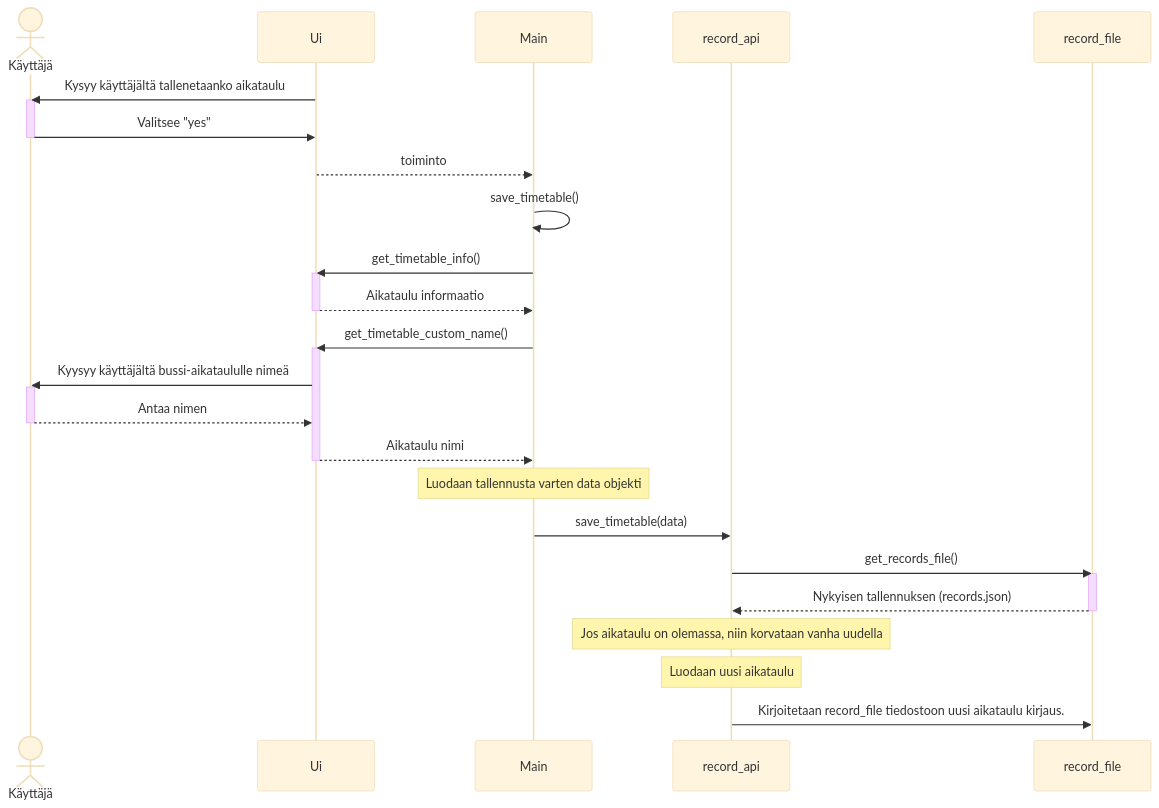
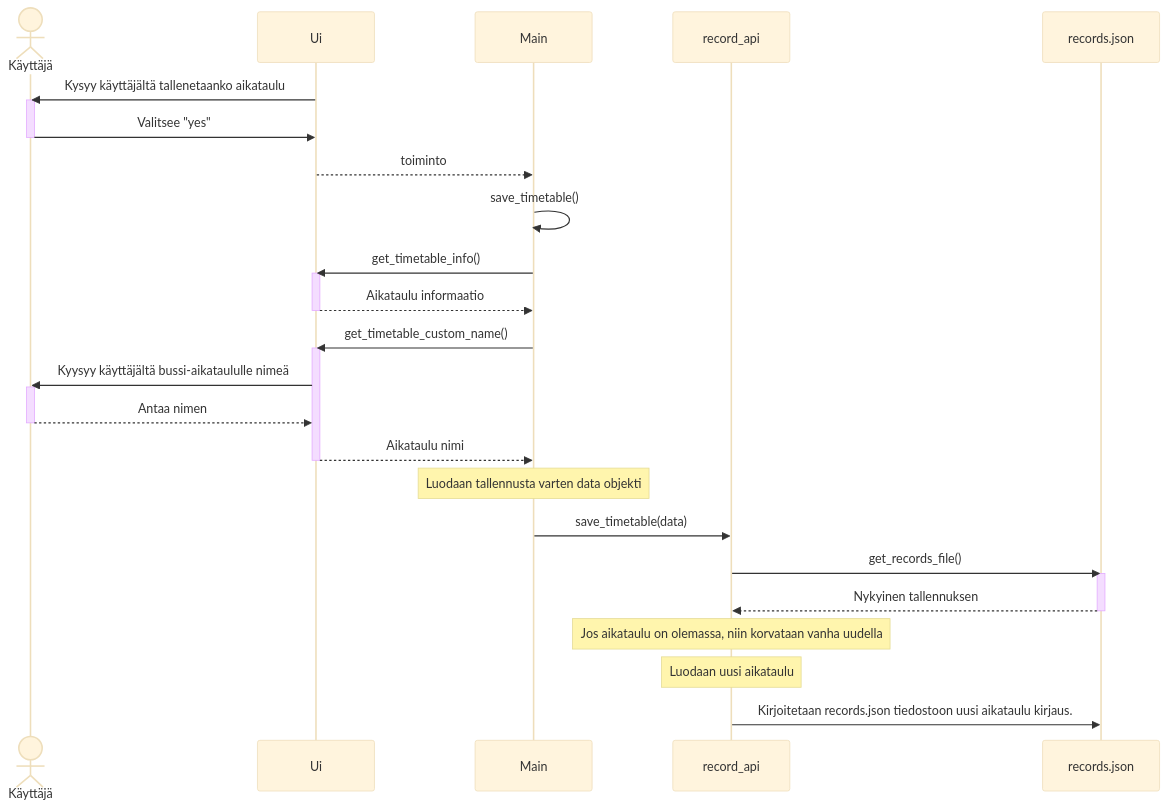
The fifth of 5 diagrams in bussitt-app/dokumentaatio/arkkitehtuuri.md (astranero/ot-harjoitustyo-1), drawn with Mermaid (base theme) before and after one commit. The commit also changed other lines of this file, not shown here.

````diff
--- a/bussitt-app/dokumentaatio/arkkitehtuuri.md
+++ b/bussitt-app/dokumentaatio/arkkitehtuuri.md
@@ -151,39 +160,39 @@
 ```mermaid
 sequenceDiagram
     actor Käyttäjä
     participant Ui
     participant Main
     participant record_api
-    participant record_file
+    participant records.json
     
     Ui->>Käyttäjä: Kysyy käyttäjältä tallenetaanko aikataulu
     activate Käyttäjä
     Käyttäjä->>Ui: Valitsee "yes"
     deactivate Käyttäjä
     Ui-->>Main: toiminto
     Main->>Main: save_timetable() 
     Main->>Ui: get_timetable_info()
     activate Ui
     Ui-->>Main: Aikataulu informaatio
     deactivate Ui
     Main->>Ui: get_timetable_custom_name()
     activate Ui
     Ui->>Käyttäjä: Kyysyy käyttäjältä bussi-aikataululle nimeä
     activate Käyttäjä
     Käyttäjä-->>Ui: Antaa nimen
     deactivate Käyttäjä
     Ui-->>Main: Aikataulu nimi
     deactivate Ui
     Note over Main: Luodaan tallennusta varten data objekti 
     Main->>record_api: save_timetable(data)
-    record_api->>record_file: get_records_file()
-    activate record_file
-    record_file-->>record_api: Nykyisen tallennuksen (records.json)
-    deactivate record_file
+    record_api->>records.json: get_records_file()
+    activate records.json
+    records.json-->>record_api: Nykyinen tallennuksen
+    deactivate records.json
     Note over record_api: Jos aikataulu on olemassa, niin korvataan vanha uudella
     Note over record_api: Luodaan uusi aikataulu
-    record_api->>record_file: Kirjoitetaan record_file tiedostoon uusi aikataulu kirjaus.
+    record_api->>records.json: Kirjoitetaan records.json tiedostoon uusi aikataulu kirjaus.
 
 
 
 ```
````
